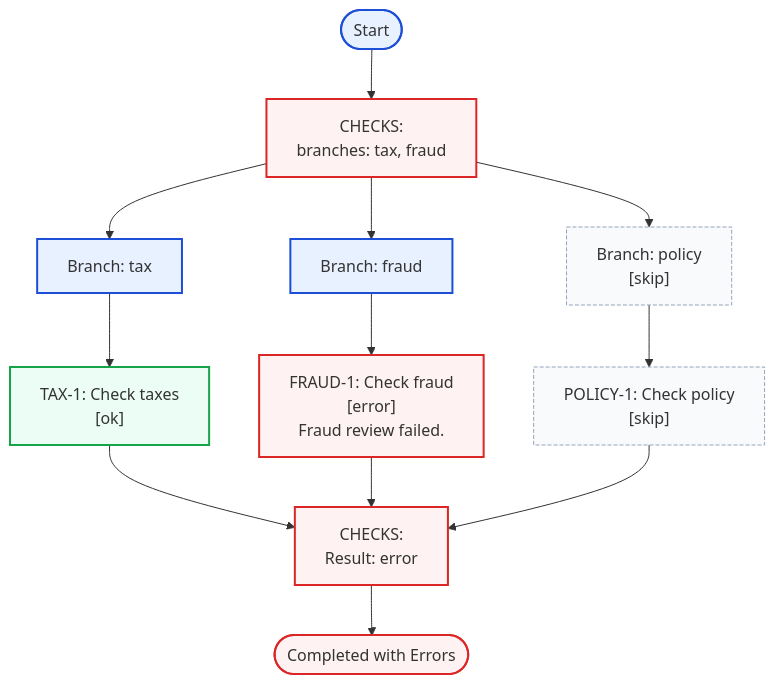
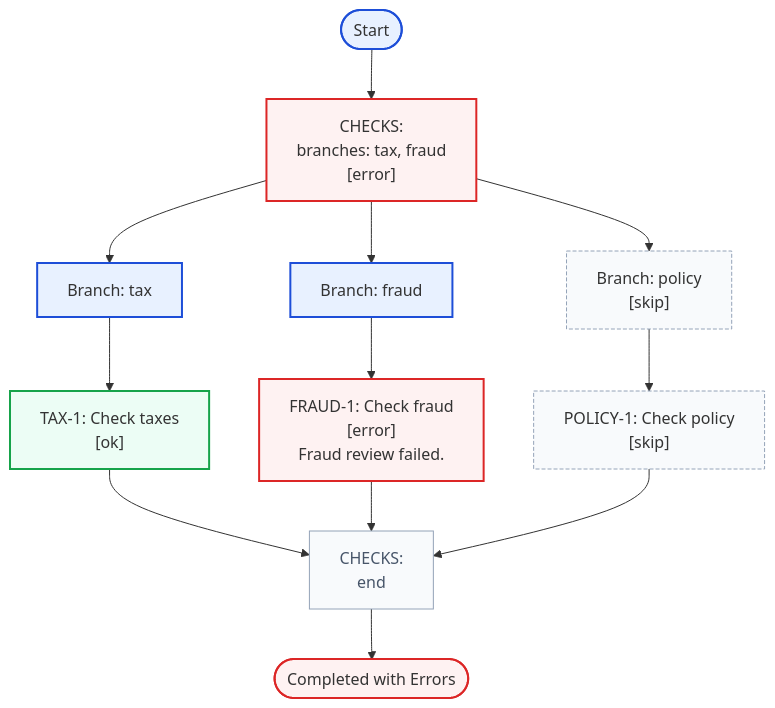
Before and after one commit to mikko-apo/structured-flow: the seventh of 9 diagrams in README.md, drawn with Mermaid. The commit also changed other lines of this file and 3 other files, not shown here.

````diff
--- a/README.md
+++ b/README.md
@@ -967,46 +974,48 @@
 ```mermaid
 flowchart TD
   start([Start])
   step_0["CHECKS:
-branches: tax, fraud"]
-  branch_0_result["CHECKS:
-Result: error"]
-  class branch_0_result failure
+branches: tax, fraud
+[error]"]
+  branch_0_end["CHECKS:
+end"]
+  branch_0_end --> done
+  class branch_0_end join
   branch_0_0_start["Branch: tax"]
   step_0 --> branch_0_0_start
   branch_0_0_step_0["TAX-1: Check taxes
 [ok]"]
   branch_0_0_start --> branch_0_0_step_0
-  branch_0_0_step_0 --> branch_0_result
+  branch_0_0_step_0 --> branch_0_end
   class branch_0_0_step_0 success
   class branch_0_0_start executed
   branch_0_1_start["Branch: fraud"]
   step_0 --> branch_0_1_start
   branch_0_1_step_0["FRAUD-1: Check fraud
 [error]
 Fraud review failed."]
   branch_0_1_start --> branch_0_1_step_0
-  branch_0_1_step_0 --> branch_0_result
+  branch_0_1_step_0 --> branch_0_end
   class branch_0_1_step_0 failure
   class branch_0_1_start executed
   branch_0_2_start["Branch: policy
 [skip]"]
   step_0 --> branch_0_2_start
   branch_0_2_step_0["POLICY-1: Check policy
 [skip]"]
   branch_0_2_start --> branch_0_2_step_0
-  branch_0_2_step_0 --> branch_0_result
+  branch_0_2_step_0 --> branch_0_end
   class branch_0_2_step_0 neutral
   class branch_0_2_start neutral
-  branch_0_result --> done
   done([Completed with Errors])
   start --> step_0
   classDef executed fill:#e8f1ff,stroke:#1d4ed8,stroke-width:2px
   classDef success fill:#ecfdf5,stroke:#16a34a,stroke-width:2px
   classDef complete fill:#f0fdf4,stroke:#15803d,stroke-width:2px
   classDef failure fill:#fef2f2,stroke:#dc2626,stroke-width:2px
   classDef neutral fill:#f8fafc,stroke:#94a3b8,stroke-dasharray: 4 2
+  classDef join fill:#f8fafc,stroke:#94a3b8,stroke-width:1px,color:#475569
   class step_0 failure
   class start executed
   class done failure
 ```
````
